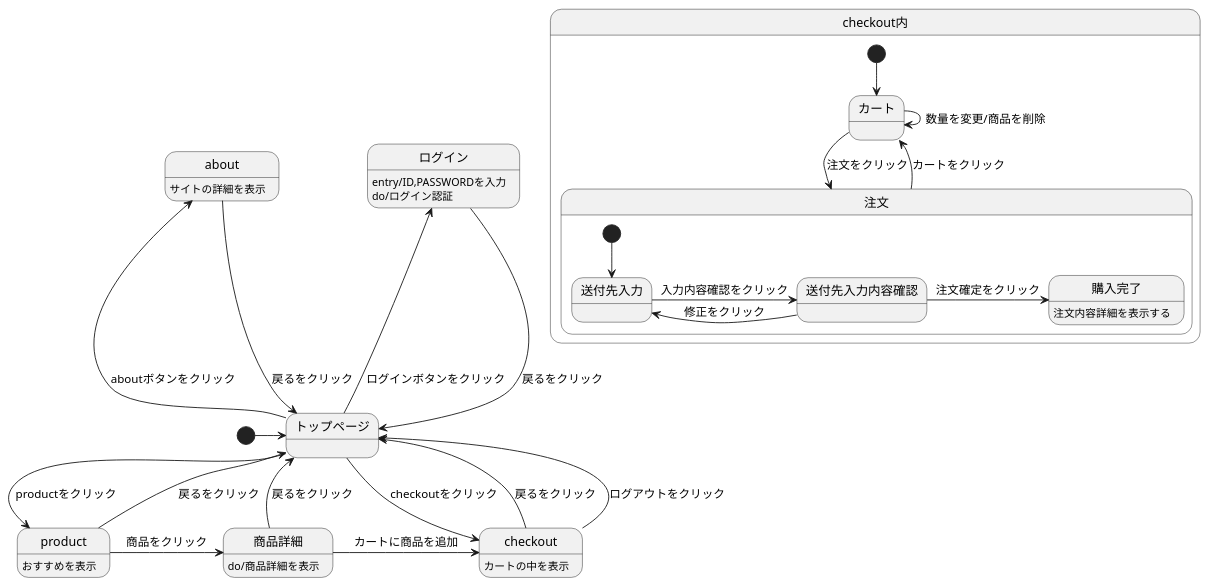
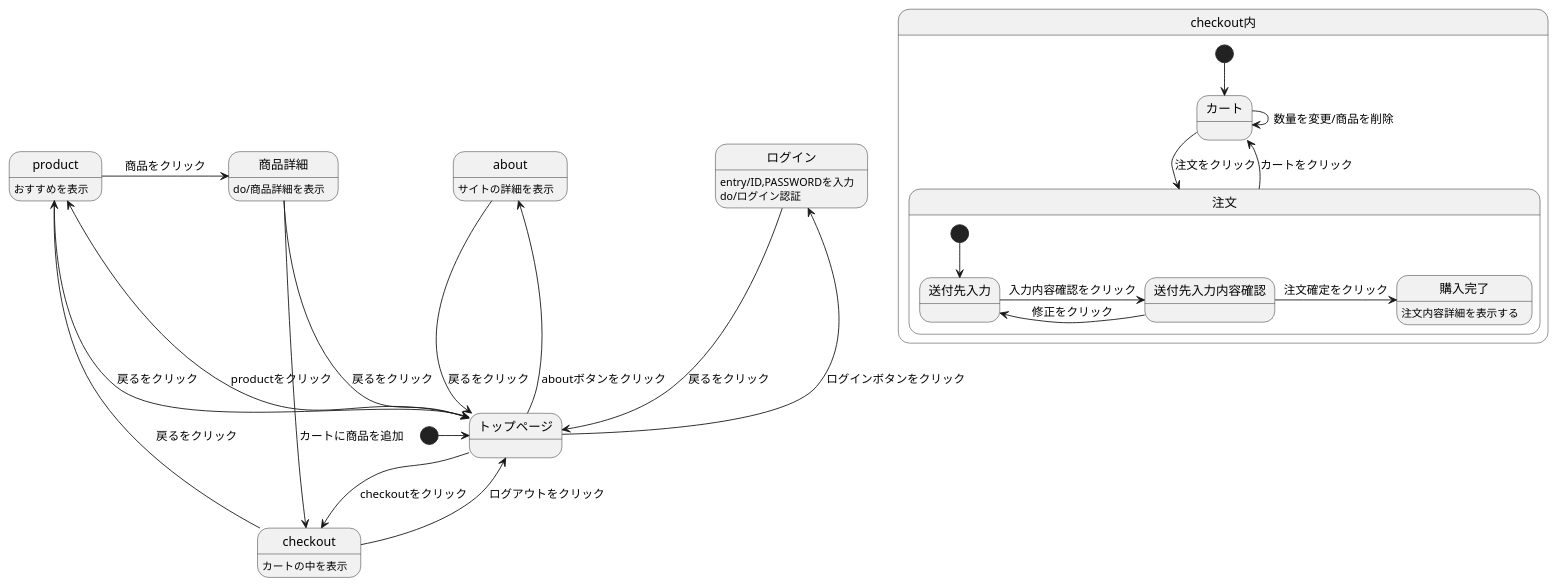
The diagram in modan.stw.md (Aso2101121/2021sys-design-2), drawn with PlantUML before and after one commit.

````diff
--- a/modan.stw.md
+++ b/modan.stw.md
@@ -1,38 +1,38 @@
 ```uml
 @startuml
 [*] -> トップページ
 トップページ -left-> ログイン : ログインボタンをクリック
 ログイン : entry/ID,PASSWORDを入力
 ログイン : do/ログイン認証
 ログイン --> トップページ : 戻るをクリック
 トップページ -left-> about : aboutボタンをクリック
 about : サイトの詳細を表示
 about --> トップページ : 戻るをクリック
 トップページ -> checkout : checkoutをクリック
 checkout : カートの中を表示
-checkout -up-> トップページ : 戻るをクリック
+checkout -up-> product : 戻るをクリック
 checkout -up-> トップページ : ログアウトをクリック
 トップページ -> product : productをクリック
 product : おすすめを表示
 product --> トップページ : 戻るをクリック
 product -> 商品詳細 : 商品をクリック
 商品詳細 : do/商品詳細を表示
 商品詳細 -> checkout : カートに商品を追加
 商品詳細 --> トップページ : 戻るをクリック
 
 
 state checkout内 {
  [*] --> カート
  カート -> 注文 : 注文をクリック
  カート -> カート : 数量を変更/商品を削除
  注文 --> カート : カートをクリック
  state 注文 {
   [*] --> 送付先入力
   送付先入力 -> 送付先入力内容確認 : 入力内容確認をクリック
   送付先入力内容確認 -> 送付先入力 : 修正をクリック
   送付先入力内容確認 -> 購入完了 : 注文確定をクリック 
   購入完了 : 注文内容詳細を表示する
  }
 }
 @enduml
 ```
````
